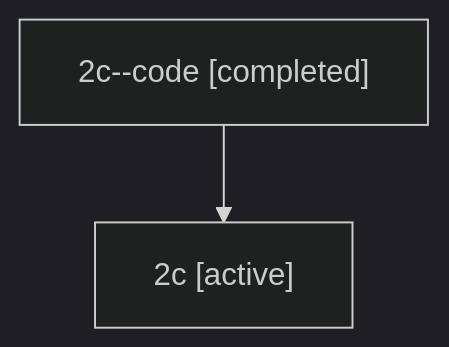
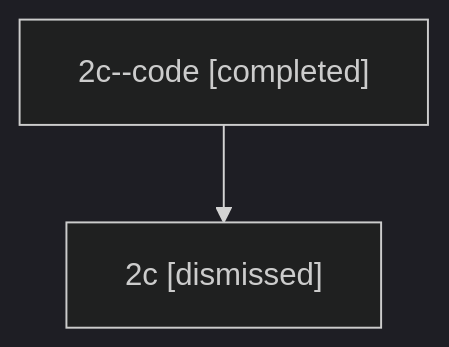
One commit to bobs-org/bob-cli--agents changed the diagram in sessions/bbugyi200.athena.2c.md. Above: the diagram before and after it, drawn with Mermaid (dark theme). The commit also changed other lines of this file and 5 other files, not shown here.

````diff
--- a/sessions/bbugyi200.athena.2c.md
+++ b/sessions/bbugyi200.athena.2c.md
@@ -9,6 +9,6 @@
 ```mermaid
 flowchart TD
   n0["2c--code [completed]"]
-  n1["2c [active]"]
+  n1["2c [dismissed]"]
   n0 --> n1
 ```
````
